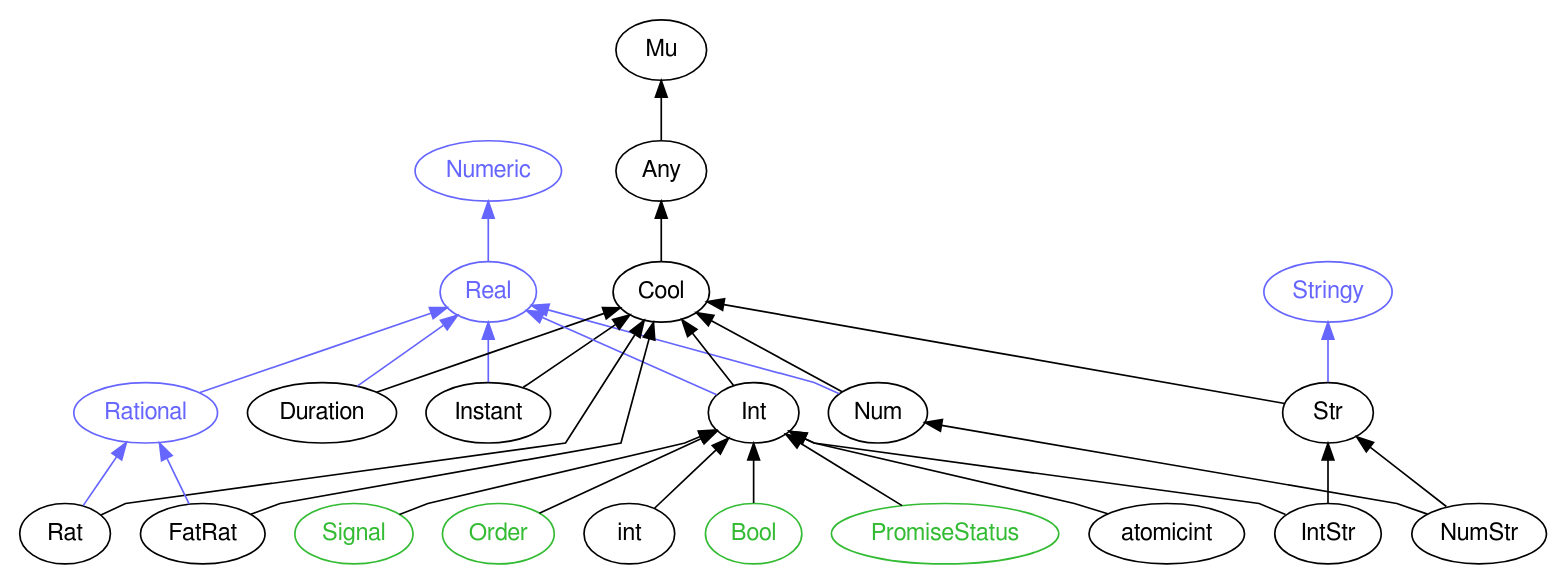
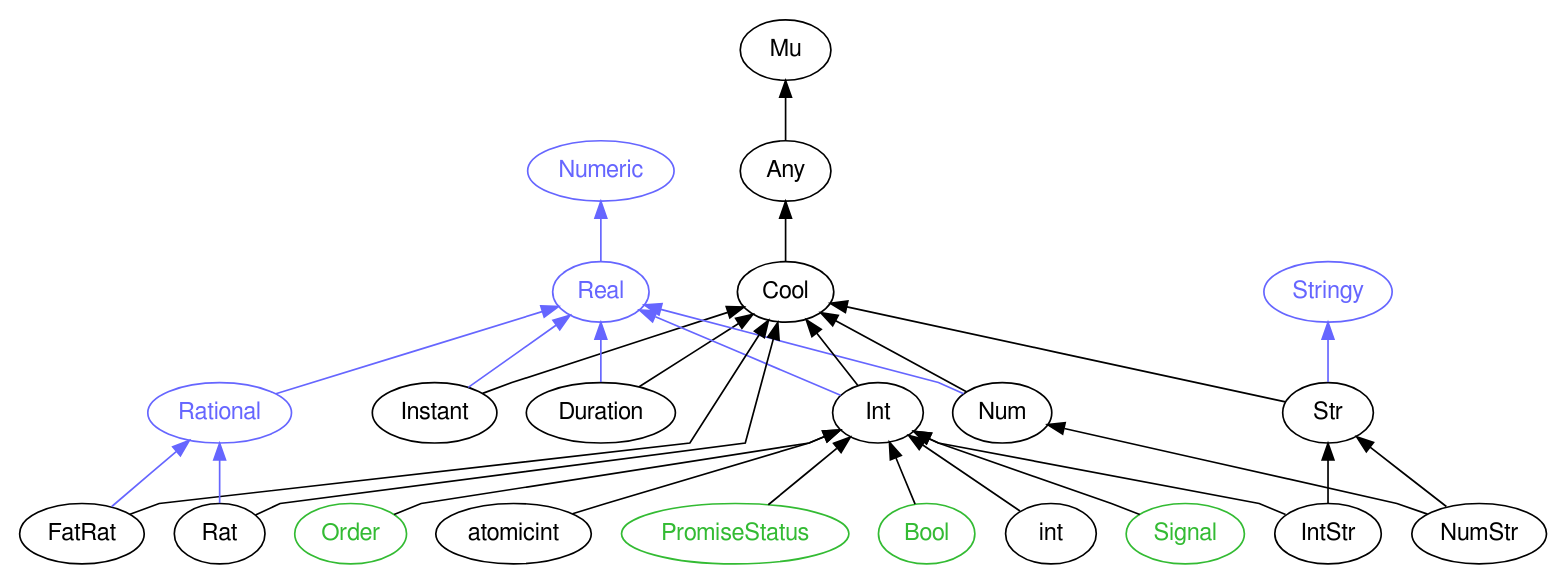
The diagram in images/type-graph-Real.svg.dot (perl6docs/perl6docs.github.io), drawn with Graphviz before and after one commit. The commit also changed other lines of this file and 4392 other files, not shown here.

```diff
--- a/images/type-graph-Real.svg.dot
+++ b/images/type-graph-Real.svg.dot
@@ -1,60 +1,60 @@
 digraph "perl6-type-graph" {
     rankdir=BT;
     splines=polyline;
     overlap=false; 
     // Types
     "Real" [color="#6666FF", fontcolor="#6666FF", href="/type/Real", fontname="FreeSans"];
     "Numeric" [color="#6666FF", fontcolor="#6666FF", href="/type/Numeric", fontname="FreeSans"];
+    "Rational" [color="#6666FF", fontcolor="#6666FF", href="/type/Rational", fontname="FreeSans"];
     "Mu" [color="#000000", fontcolor="#000000", href="/type/Mu", fontname="FreeSans"];
     "Any" [color="#000000", fontcolor="#000000", href="/type/Any", fontname="FreeSans"];
     "Cool" [color="#000000", fontcolor="#000000", href="/type/Cool", fontname="FreeSans"];
-    "Num" [color="#000000", fontcolor="#000000", href="/type/Num", fontname="FreeSans"];
     "Instant" [color="#000000", fontcolor="#000000", href="/type/Instant", fontname="FreeSans"];
     "Duration" [color="#000000", fontcolor="#000000", href="/type/Duration", fontname="FreeSans"];
+    "Num" [color="#000000", fontcolor="#000000", href="/type/Num", fontname="FreeSans"];
     "Int" [color="#000000", fontcolor="#000000", href="/type/Int", fontname="FreeSans"];
-    "Rational" [color="#6666FF", fontcolor="#6666FF", href="/type/Rational", fontname="FreeSans"];
     "Stringy" [color="#6666FF", fontcolor="#6666FF", href="/type/Stringy", fontname="FreeSans"];
     "Str" [color="#000000", fontcolor="#000000", href="/type/Str", fontname="FreeSans"];
     "NumStr" [color="#000000", fontcolor="#000000", href="/type/NumStr", fontname="FreeSans"];
+    "Signal" [color="#33BB33", fontcolor="#33BB33", href="/type/Signal", fontname="FreeSans"];
+    "Order" [color="#33BB33", fontcolor="#33BB33", href="/type/Order", fontname="FreeSans"];
+    "atomicint" [color="#000000", fontcolor="#000000", href="/type/atomicint", fontname="FreeSans"];
     "PromiseStatus" [color="#33BB33", fontcolor="#33BB33", href="/type/PromiseStatus", fontname="FreeSans"];
     "IntStr" [color="#000000", fontcolor="#000000", href="/type/IntStr", fontname="FreeSans"];
-    "atomicint" [color="#000000", fontcolor="#000000", href="/type/atomicint", fontname="FreeSans"];
-    "Signal" [color="#33BB33", fontcolor="#33BB33", href="/type/Signal", fontname="FreeSans"];
-    "Order" [color="#33BB33", fontcolor="#33BB33", href="/type/Order", fontname="FreeSans"];
+    "Bool" [color="#33BB33", fontcolor="#33BB33", href="/type/Bool", fontname="FreeSans"];
     "int" [color="#000000", fontcolor="#000000", href="/type/int", fontname="FreeSans"];
-    "Bool" [color="#33BB33", fontcolor="#33BB33", href="/type/Bool", fontname="FreeSans"];
+    "FatRat" [color="#000000", fontcolor="#000000", href="/type/FatRat", fontname="FreeSans"];
     "Rat" [color="#000000", fontcolor="#000000", href="/type/Rat", fontname="FreeSans"];
-    "FatRat" [color="#000000", fontcolor="#000000", href="/type/FatRat", fontname="FreeSans"];
 
     // Superclasses
     "Any" -> "Mu" [color="#000000"];
     "Cool" -> "Any" [color="#000000"];
-    "Num" -> "Cool" [color="#000000"];
     "Instant" -> "Cool" [color="#000000"];
     "Duration" -> "Cool" [color="#000000"];
+    "Num" -> "Cool" [color="#000000"];
     "Int" -> "Cool" [color="#000000"];
     "Str" -> "Cool" [color="#000000"];
     "NumStr" -> "Num" [color="#000000"];
     "NumStr" -> "Str" [color="#000000"];
+    "Signal" -> "Int" [color="#000000"];
+    "Order" -> "Int" [color="#000000"];
+    "atomicint" -> "Int" [color="#000000"];
     "PromiseStatus" -> "Int" [color="#000000"];
     "IntStr" -> "Int" [color="#000000"];
     "IntStr" -> "Str" [color="#000000"];
-    "atomicint" -> "Int" [color="#000000"];
-    "Signal" -> "Int" [color="#000000"];
-    "Order" -> "Int" [color="#000000"];
+    "Bool" -> "Int" [color="#000000"];
     "int" -> "Int" [color="#000000"];
-    "Bool" -> "Int" [color="#000000"];
+    "FatRat" -> "Cool" [color="#000000"];
     "Rat" -> "Cool" [color="#000000"];
-    "FatRat" -> "Cool" [color="#000000"];
 
     // Roles
     "Real" -> "Numeric" [color="#6666FF"];
-    "Num" -> "Real" [color="#6666FF"];
+    "Rational" -> "Real" [color="#6666FF"];
     "Instant" -> "Real" [color="#6666FF"];
     "Duration" -> "Real" [color="#6666FF"];
+    "Num" -> "Real" [color="#6666FF"];
     "Int" -> "Real" [color="#6666FF"];
-    "Rational" -> "Real" [color="#6666FF"];
     "Str" -> "Stringy" [color="#6666FF"];
+    "FatRat" -> "Rational" [color="#6666FF"];
     "Rat" -> "Rational" [color="#6666FF"];
-    "FatRat" -> "Rational" [color="#6666FF"];
 }
```
